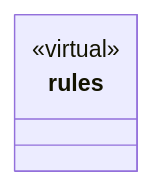
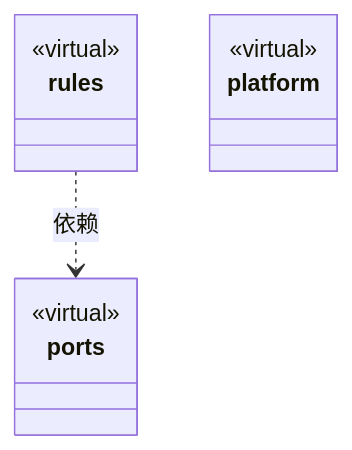
One commit to nan023062/cbim changed the diagram in src/logic-new/execution/ARCHITECTURE.md. Above: the diagram before and after it, drawn with Mermaid. The commit also changed other lines of this file and 1438 other files, not shown here.

````diff
--- a/src/logic-new/execution/ARCHITECTURE.md
+++ b/src/logic-new/execution/ARCHITECTURE.md
@@ -17,7 +17,16 @@
 ```mermaid
 classDiagram
+class N_48be1b916507["ports"] {
+  <<virtual>>
+}
+click N_48be1b916507 href "ports/ARCHITECTURE.md"
 class N_72507beabc73["rules"] {
   <<virtual>>
 }
 click N_72507beabc73 href "rules/ARCHITECTURE.md"
+class N_a31c0e1885c5["platform"] {
+  <<virtual>>
+}
+click N_a31c0e1885c5 href "platform/ARCHITECTURE.md"
+N_72507beabc73 ..> N_48be1b916507 : 依赖
 ```
````
